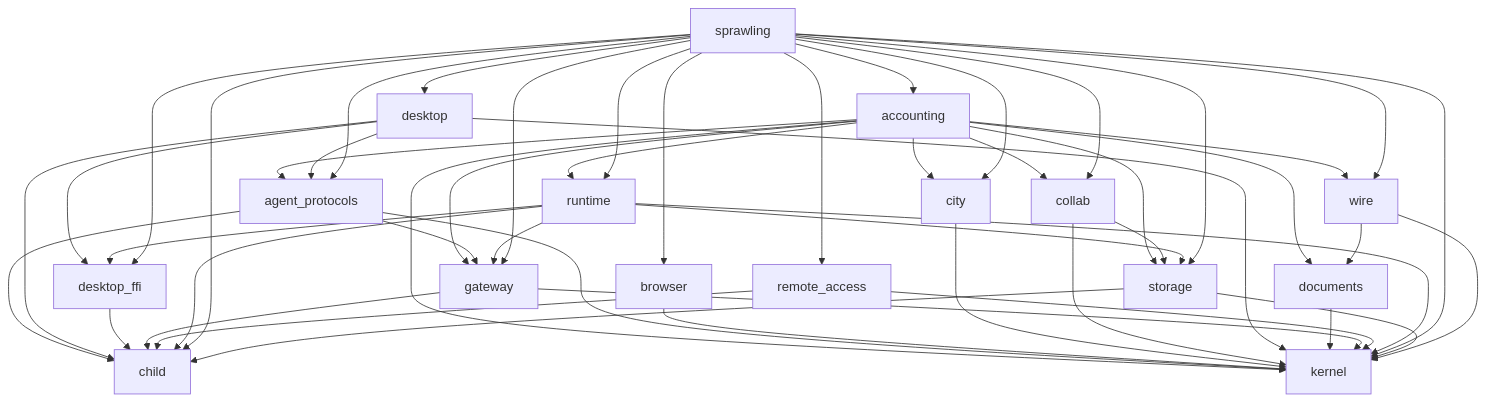
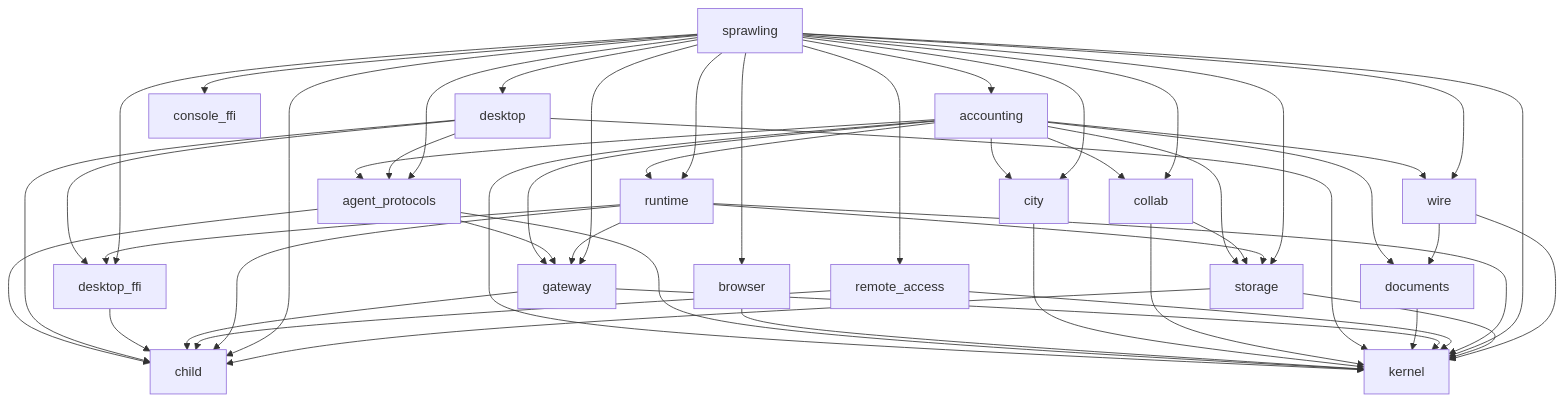
The first of 8 diagrams in ARCHITECTURE.md (2youg1/sprawling-agents), drawn with Mermaid before and after one commit. The commit also changed other lines of this file and 68 other files, not shown here.

````diff
--- a/ARCHITECTURE.md
+++ b/ARCHITECTURE.md
@@ -1142,54 +1150,56 @@
 ```mermaid
 flowchart TD
     accounting --> agent_protocols
     accounting --> city
     accounting --> collab
     accounting --> documents
     accounting --> gateway
     accounting --> kernel
     accounting --> runtime
     accounting --> storage
     accounting --> wire
     agent_protocols --> child
     agent_protocols --> gateway
     agent_protocols --> kernel
     browser --> kernel
     child
     city --> kernel
     collab --> kernel
     collab --> storage
+    console_ffi
     desktop --> agent_protocols
     desktop --> child
     desktop --> desktop_ffi
     desktop --> kernel
     desktop_ffi --> child
     documents --> kernel
     gateway --> child
     gateway --> kernel
     kernel
     remote_access --> child
     remote_access --> kernel
     runtime --> child
     runtime --> desktop_ffi
     runtime --> gateway
     runtime --> kernel
     runtime --> storage
     sprawling --> accounting
     sprawling --> agent_protocols
     sprawling --> browser
     sprawling --> child
     sprawling --> city
     sprawling --> collab
+    sprawling --> console_ffi
     sprawling --> desktop
     sprawling --> desktop_ffi
     sprawling --> gateway
     sprawling --> kernel
     sprawling --> remote_access
     sprawling --> runtime
     sprawling --> storage
     sprawling --> wire
     storage --> child
     storage --> kernel
     wire --> documents
     wire --> kernel
 ```
````
